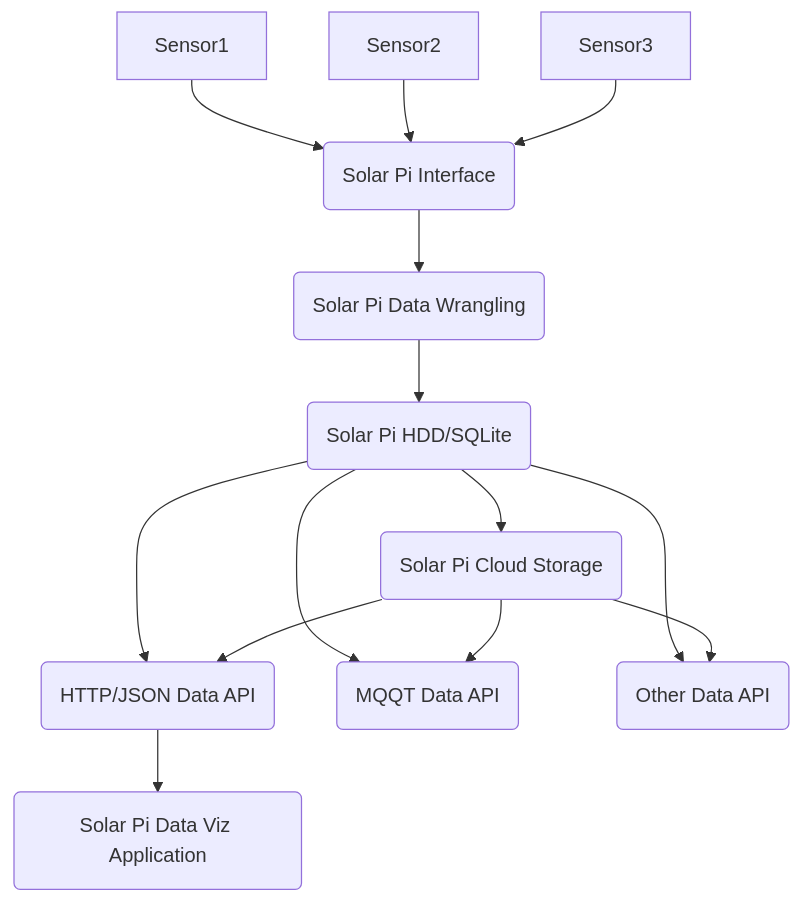
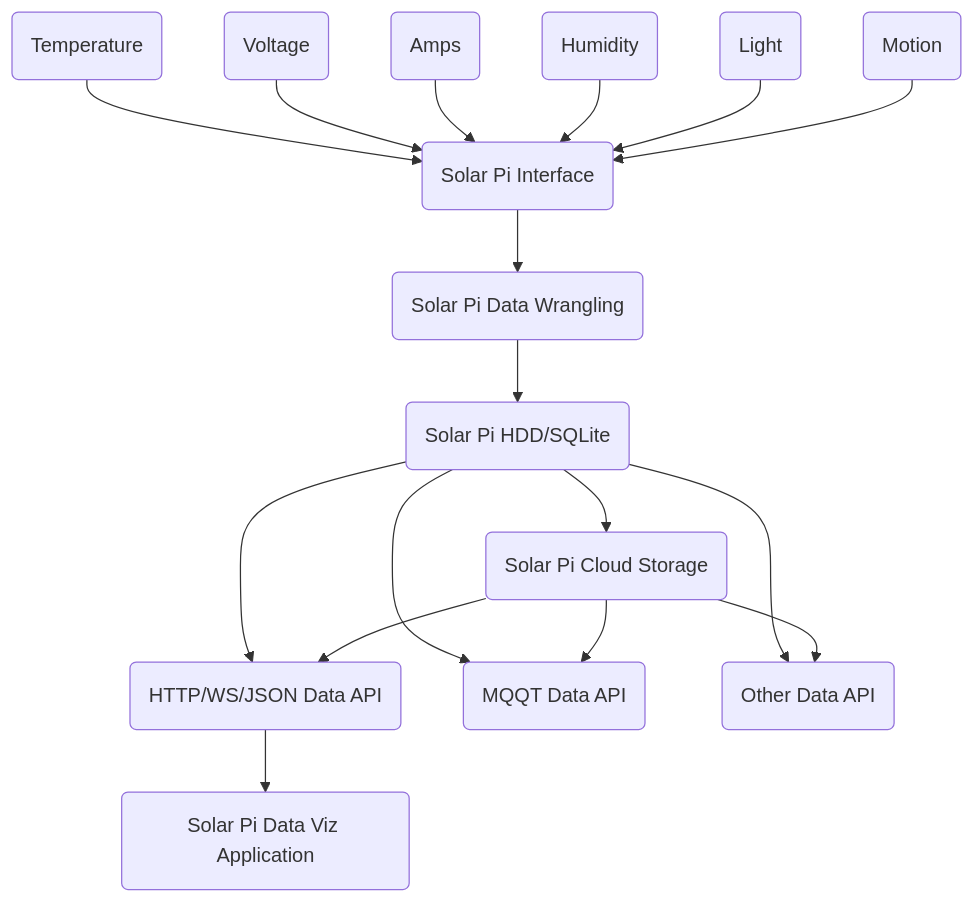
Before and after one commit to ericdmoore/solar-pi: the second of 2 diagrams in README.md, drawn with Mermaid. The commit also changed other lines of this file, not shown here.

Commit message:
Enumerating More Sensor Names in the HW  Diagram

````diff
--- a/README.md
+++ b/README.md
@@ -169,16 +169,19 @@
 ```mermaid
   graph TD;
-      Sensor1-->HWIntf(Solar Pi Interface)
-      Sensor2-->HWIntf(Solar Pi Interface)
-      Sensor3-->HWIntf(Solar Pi Interface)
+      Sensor1(Temperature)-->HWIntf(Solar Pi Interface)
+      Sensor2(Voltage)-->HWIntf(Solar Pi Interface)
+      Sensor3(Amps)-->HWIntf(Solar Pi Interface)
+      Sensor4(Humidity)-->HWIntf(Solar Pi Interface)
+      Sensor5(Light)-->HWIntf(Solar Pi Interface)
+      Sensor6(Motion)-->HWIntf(Solar Pi Interface)
       HWIntf(Solar Pi Interface)-->solData(Solar Pi Data Wrangling)
       solData(Solar Pi Data Wrangling)-->solStorageLocal(Solar Pi HDD/SQLite)
       solStorageLocal(Solar Pi HDD/SQLite)-->solCloudStorage(Solar Pi Cloud Storage)
-      solStorageLocal-->ApiIntf1(HTTP/JSON Data API)
-      solCloudStorage-->ApiIntf1(HTTP/JSON Data API)
+      solStorageLocal-->ApiIntf1(HTTP/WS/JSON Data API)
+      solCloudStorage-->ApiIntf1(HTTP/WS/JSON Data API)
       solStorageLocal-->ApiIntf2(MQQT Data API)
       solCloudStorage-->ApiIntf2(MQQT Data API)
       solStorageLocal-->ApiIntfN(Other Data API)
       solCloudStorage-->ApiIntfN(Other Data API)
       ApiIntf1-->solVizApp(Solar Pi Data Viz Application)
 ```
````
